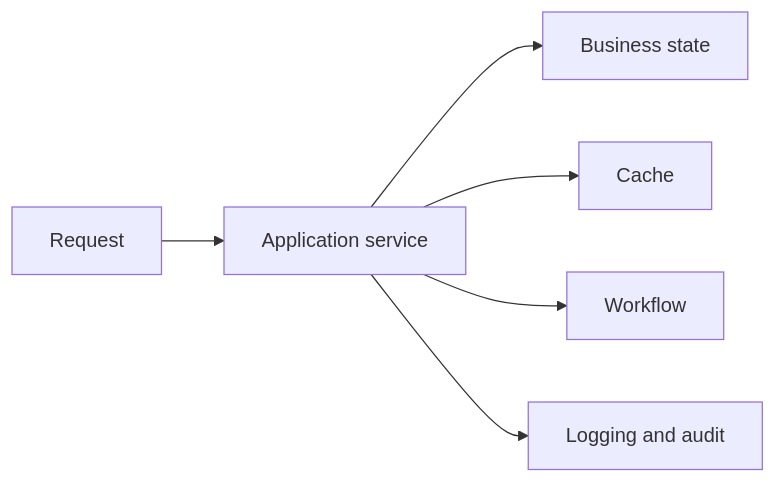
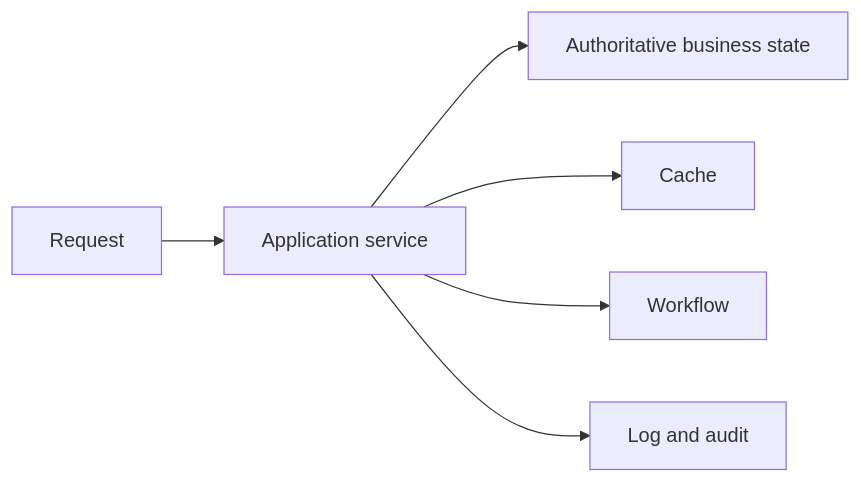
Before and after one commit to shuklasp/spp: the sixth of 6 diagrams in documentation/handbook/18-cache-logging-workflow.md, drawn with Mermaid. The commit also changed other lines of this file, not shown here.

Commit message:
Deep rewrite cache logging workflow for beginner-to-advanced

````diff
--- a/documentation/handbook/18-cache-logging-workflow.md
+++ b/documentation/handbook/18-cache-logging-workflow.md
@@ -200,8 +292,8 @@
 ```mermaid
 flowchart LR
     A[Request] --> B[Application service]
-    B --> C[Business state]
+    B --> C[Authoritative business state]
     B --> D[Cache]
     B --> E[Workflow]
-    B --> F[Logging and audit]
+    B --> F[Log and audit]
 ```
````
